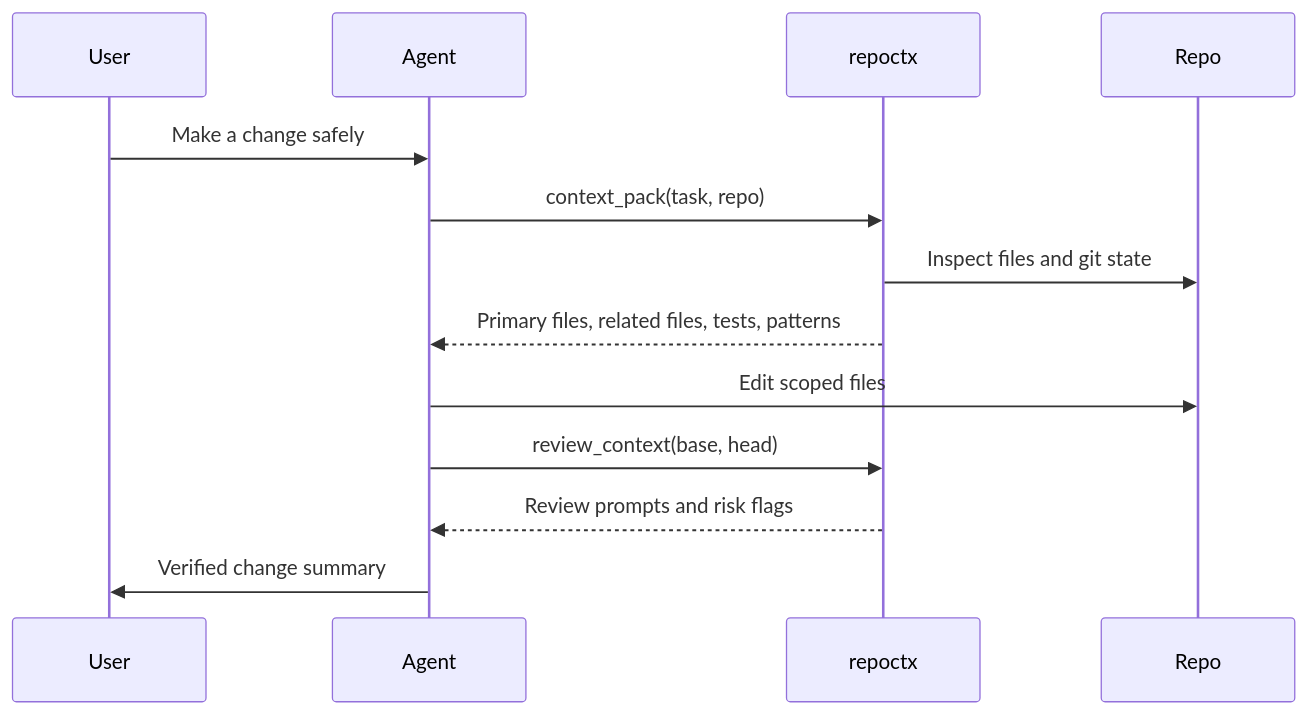
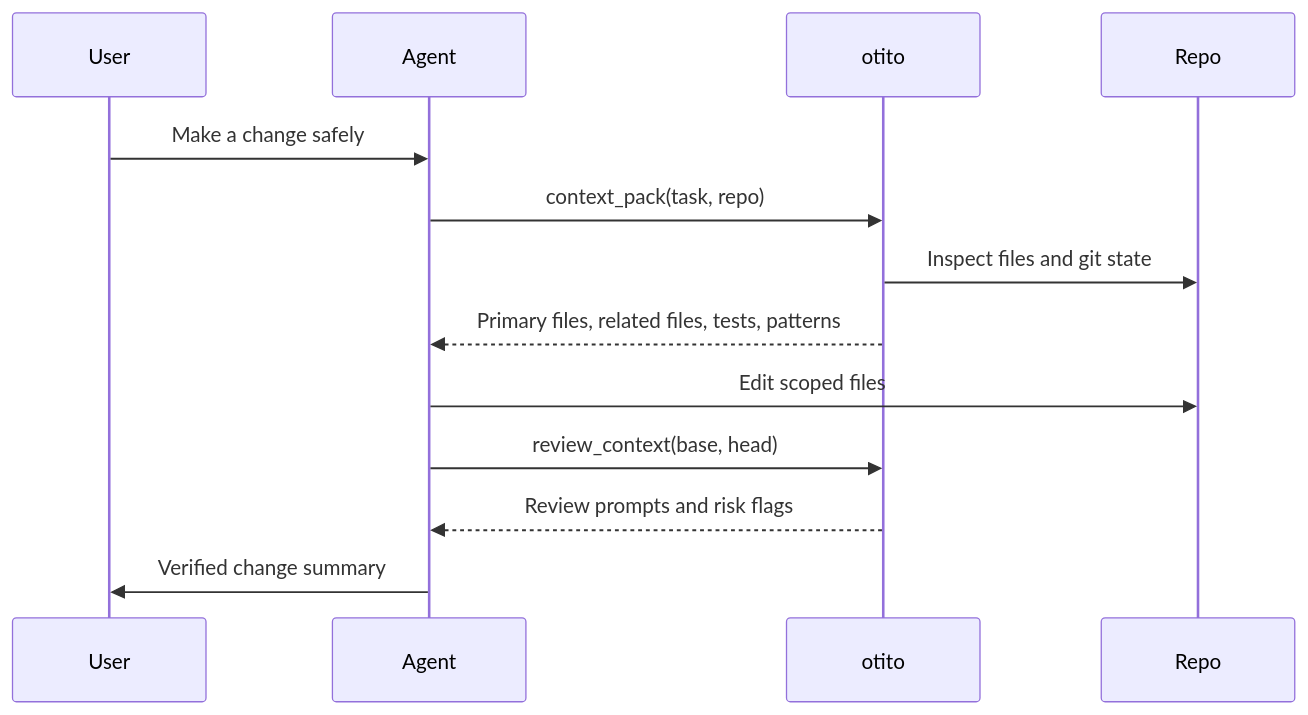
Before and after one commit to BASHBOP/otito: the diagram in docs/02-mcp-agent-workflows/README.md, drawn with Mermaid. The commit also changed other lines of this file and 125 other files, not shown here.

````diff
--- a/docs/02-mcp-agent-workflows/README.md
+++ b/docs/02-mcp-agent-workflows/README.md
@@ -179,16 +179,16 @@
 ```mermaid
 sequenceDiagram
     participant User
     participant Agent
-    participant repoctx
+    participant otito
     participant Repo
 
     User->>Agent: Make a change safely
-    Agent->>repoctx: context_pack(task, repo)
-    repoctx->>Repo: Inspect files and git state
-    repoctx-->>Agent: Primary files, related files, tests, patterns
+    Agent->>otito: context_pack(task, repo)
+    otito->>Repo: Inspect files and git state
+    otito-->>Agent: Primary files, related files, tests, patterns
     Agent->>Repo: Edit scoped files
-    Agent->>repoctx: review_context(base, head)
-    repoctx-->>Agent: Review prompts and risk flags
+    Agent->>otito: review_context(base, head)
+    otito-->>Agent: Review prompts and risk flags
     Agent->>User: Verified change summary
 ```
````
